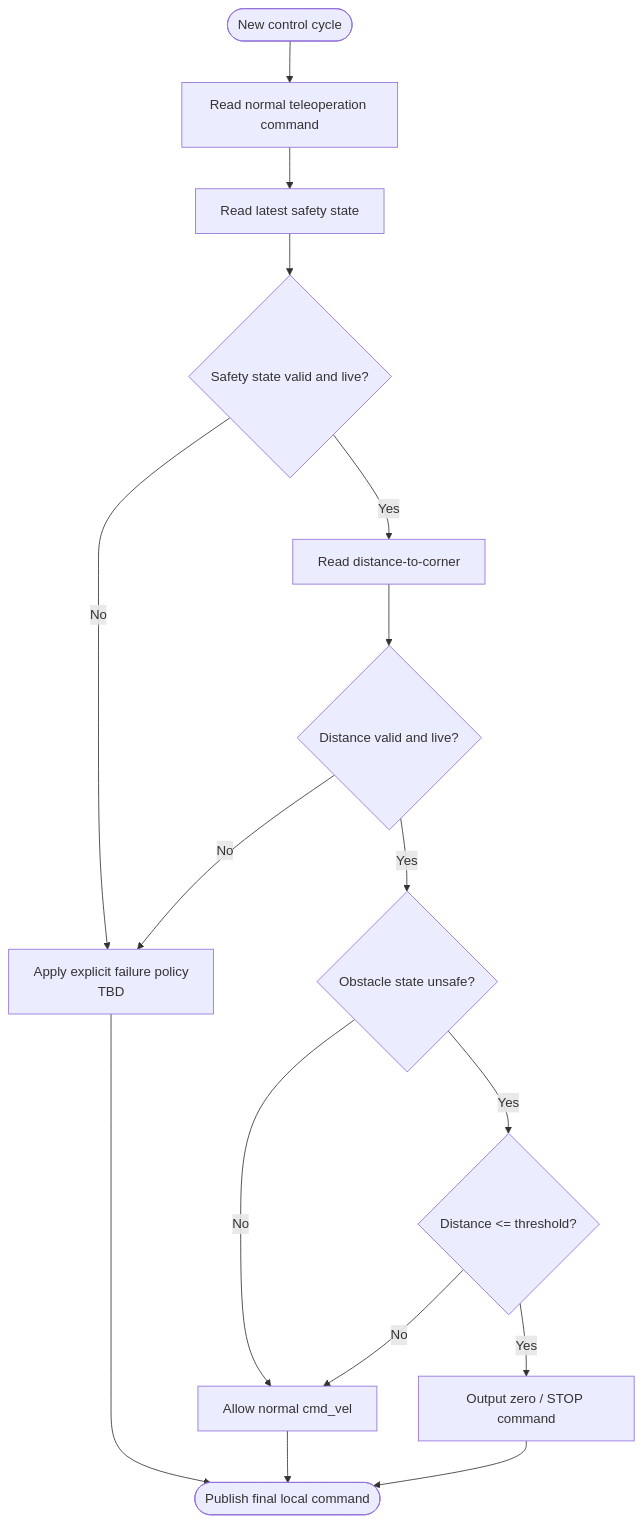
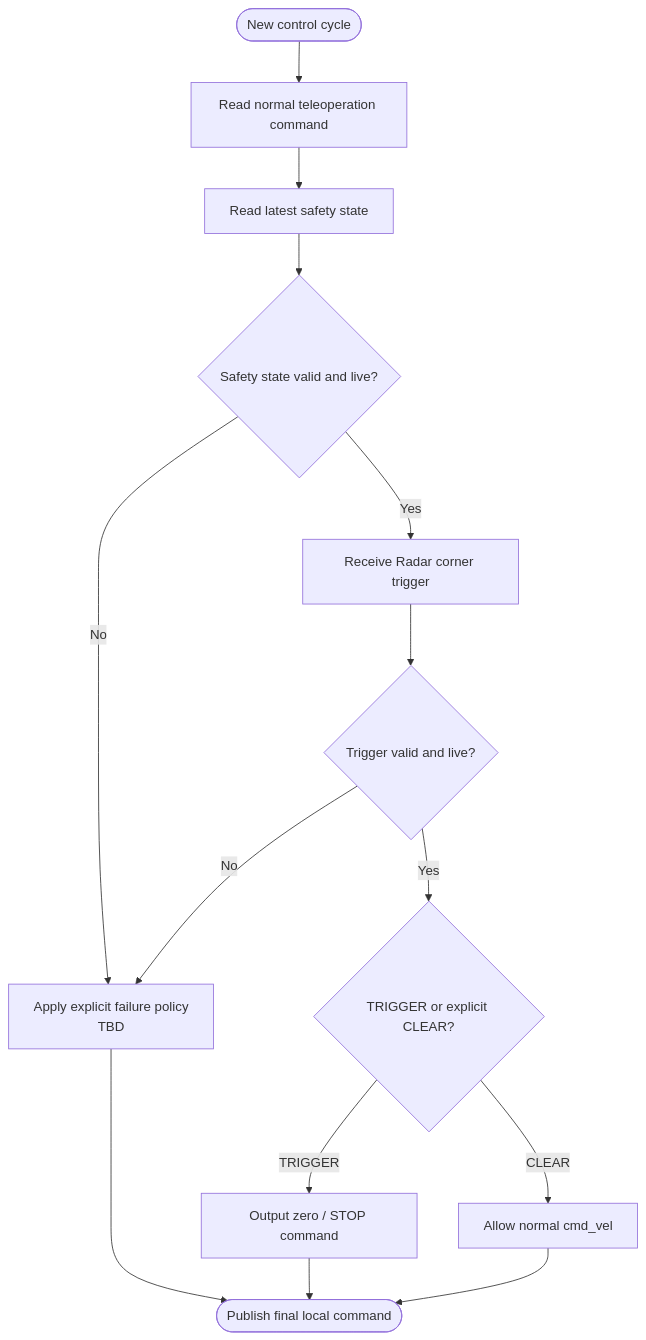
Before and after one commit to kirolossedra/RIS-Robotics: diagram 12 of 12 in docs/architecture/system/views.md, drawn with Mermaid. The commit also changed other lines of this file and 27 other files, not shown here.

Commit message:
docs: specify Husky corner proximity trigger protocol

````diff
--- a/docs/architecture/system/views.md
+++ b/docs/architecture/system/views.md
@@ -457,25 +460,21 @@
 ```mermaid
 flowchart TD
     START([New control cycle])
     TELEOP[Read normal teleoperation command]
     SAFETY[Read latest safety state]
     VALID{Safety state valid and live?}
-    DIST[Read distance-to-corner]
-    DVALID{Distance valid and live?}
-    UNSAFE{Obstacle state unsafe?}
-    NEAR{Distance <= threshold?}
+    DIST[Receive Radar corner trigger]
+    DVALID{Trigger valid and live?}
     STOP[Output zero / STOP command]
     PASS[Allow normal cmd_vel]
     POLICY[Apply explicit failure policy<br/>TBD]
     END([Publish final local command])
 
     START --> TELEOP --> SAFETY --> VALID
     VALID -->|No| POLICY --> END
     VALID -->|Yes| DIST --> DVALID
     DVALID -->|No| POLICY
-    DVALID -->|Yes| UNSAFE
-    UNSAFE -->|No| PASS --> END
-    UNSAFE -->|Yes| NEAR
-    NEAR -->|Yes| STOP --> END
-    NEAR -->|No| PASS
+    DVALID -->|Yes| TRIGGER{TRIGGER or explicit CLEAR?}
+    TRIGGER -->|TRIGGER| STOP --> END
+    TRIGGER -->|CLEAR| PASS --> END
 ```
````
